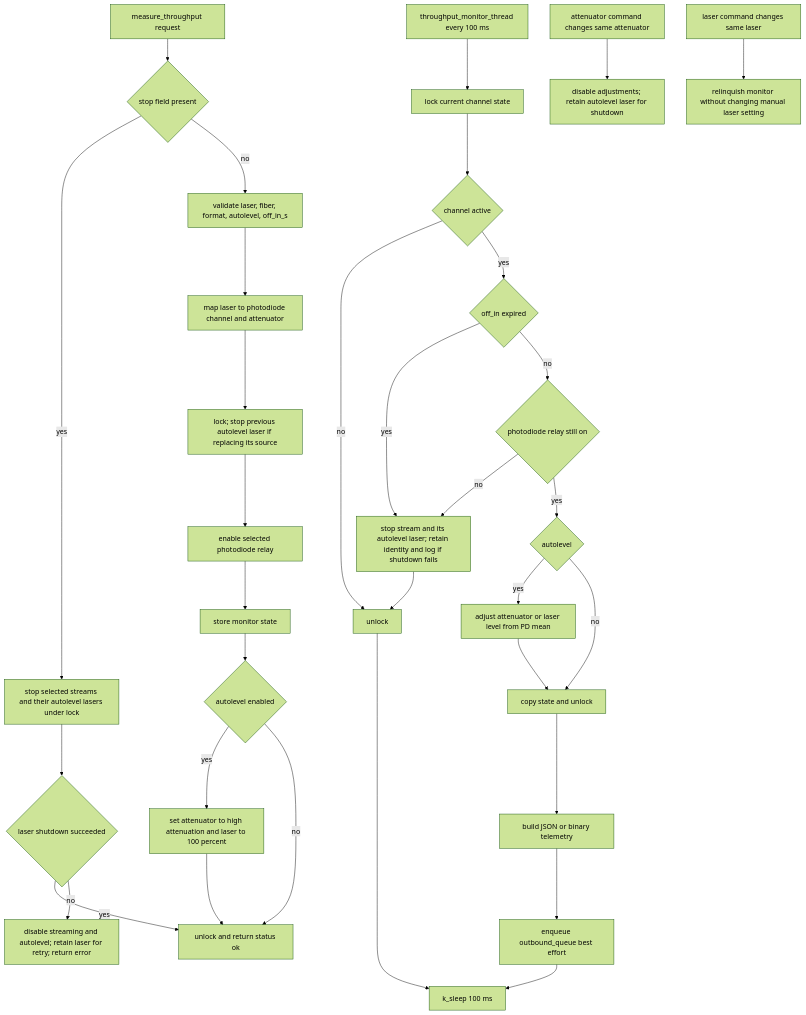
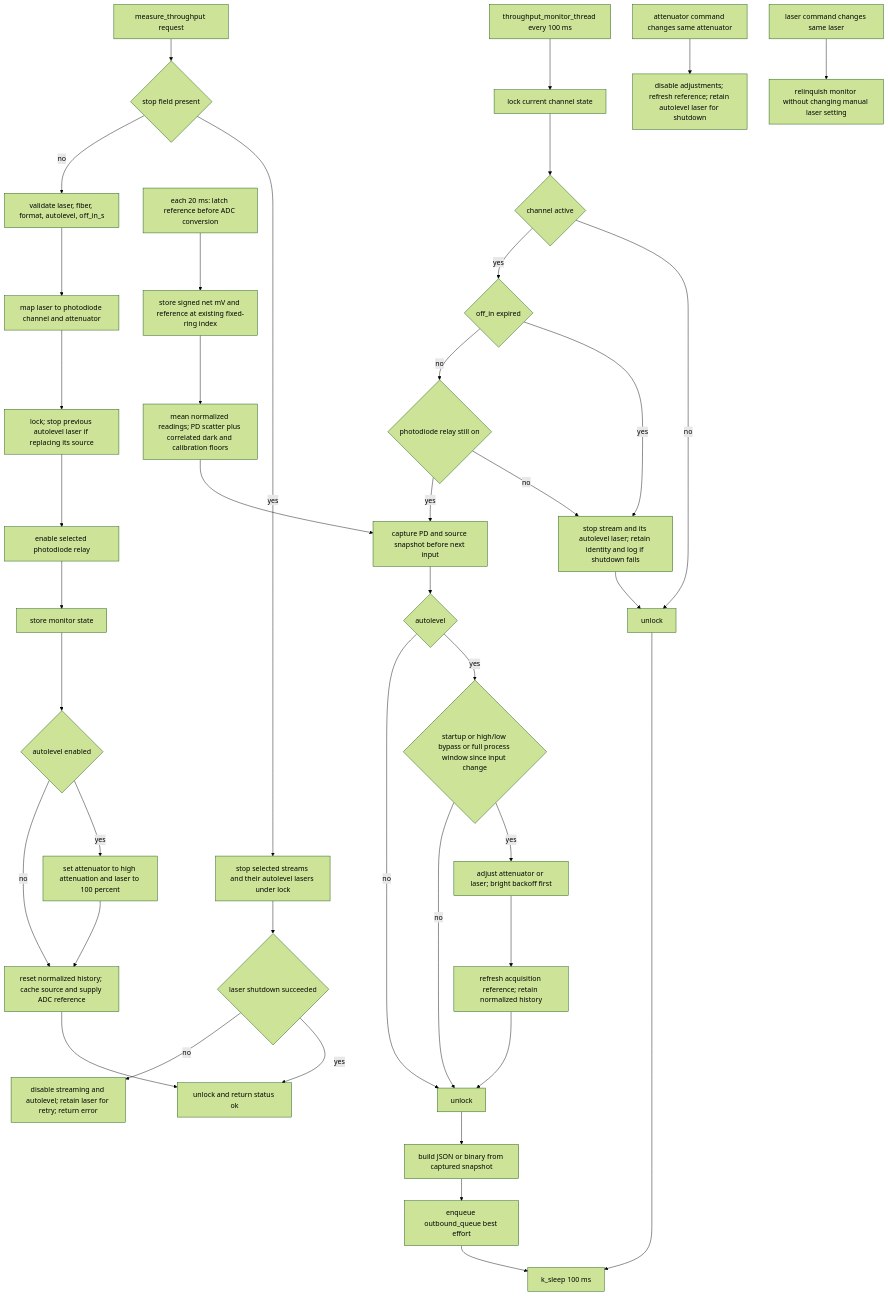
Before and after one commit to COO-Utilities/hispec-tib: diagram 11 of 22 in doc/diagrams.md, drawn with Mermaid (forest theme). The commit also changed 9 other files, not shown here.

Commit message:
Normalize throughput at ADC acquisition and gate ordinary autolevel moves

````diff
--- a/doc/diagrams.md
+++ b/doc/diagrams.md
@@ -235,37 +235,45 @@
 ```mermaid
 flowchart TD
   Command[measure_throughput request] --> Stop{stop field present}
   Stop -- yes --> StopReq[stop selected streams and their autolevel lasers under lock]
   Stop -- no --> Validate[validate laser, fiber, format, autolevel, off_in_s]
   Validate --> Map[map laser to photodiode channel and attenuator]
   Map --> StartLock[lock; stop previous autolevel laser if replacing its source]
   StartLock --> PdPower[enable selected photodiode relay]
   PdPower --> Arm[store monitor state]
   Arm --> AutoStart{autolevel enabled}
   AutoStart -- yes --> Seed[set attenuator to high attenuation and laser to 100 percent]
-  AutoStart -- no --> Ok[unlock and return status ok]
-  Seed --> Ok
+  AutoStart -- no --> Ref[reset normalized history; cache source and supply ADC reference]
+  Seed --> Ref
+  Ref --> Ok[unlock and return status ok]
+  ADC[each 20 ms: latch reference before ADC conversion] --> Ring[store signed net mV and reference at existing fixed-ring index]
+  Ring --> Average[mean normalized readings; PD scatter plus correlated dark and calibration floors]
   StopReq --> Stopped{laser shutdown succeeded}
   Stopped -- yes --> Ok
   Stopped -- no --> StopError[disable streaming and autolevel; retain laser for retry; return error]
 
   Thread[throughput_monitor_thread every 100 ms] --> Lock[lock current channel state]
   Lock --> Active{channel active}
   Active -- no --> Unlock[unlock]
   Active -- yes --> Timeout{off_in expired}
   Timeout -- yes --> Clear[stop stream and its autolevel laser; retain identity and log if shutdown fails]
   Timeout -- no --> PdOn{photodiode relay still on}
   PdOn -- no --> Clear
-  PdOn -- yes --> Auto{autolevel}
-  Auto -- yes --> Adjust[adjust attenuator or laser level from PD mean]
+  PdOn -- yes --> Capture[capture PD and source snapshot before next input]
+  Average --> Capture
+  Capture --> Auto{autolevel}
+  Auto -- yes --> Gate{startup or high/low bypass or full process window since input change}
+  Gate -- yes --> Adjust[adjust attenuator or laser; bright backoff first]
+  Gate -- no --> Sync
   Auto -- no --> Sync
-  Adjust --> Sync[copy state and unlock]
-  Sync --> Publish[build JSON or binary telemetry]
+  Adjust --> Update[refresh acquisition reference; retain normalized history]
+  Update --> Sync[unlock]
+  Sync --> Publish[build JSON or binary from captured snapshot]
   Publish --> OutQ[enqueue outbound_queue best effort]
   OutQ --> Sleep[k_sleep 100 ms]
   Clear --> Unlock
   Unlock --> Sleep
 
-  AttenChange[attenuator command changes same attenuator] --> DisableAuto[disable adjustments; retain autolevel laser for shutdown]
+  AttenChange[attenuator command changes same attenuator] --> DisableAuto[disable adjustments; refresh reference; retain autolevel laser for shutdown]
   LaserChange[laser command changes same laser] --> StopMonitor[relinquish monitor without changing manual laser setting]
 ```
````
